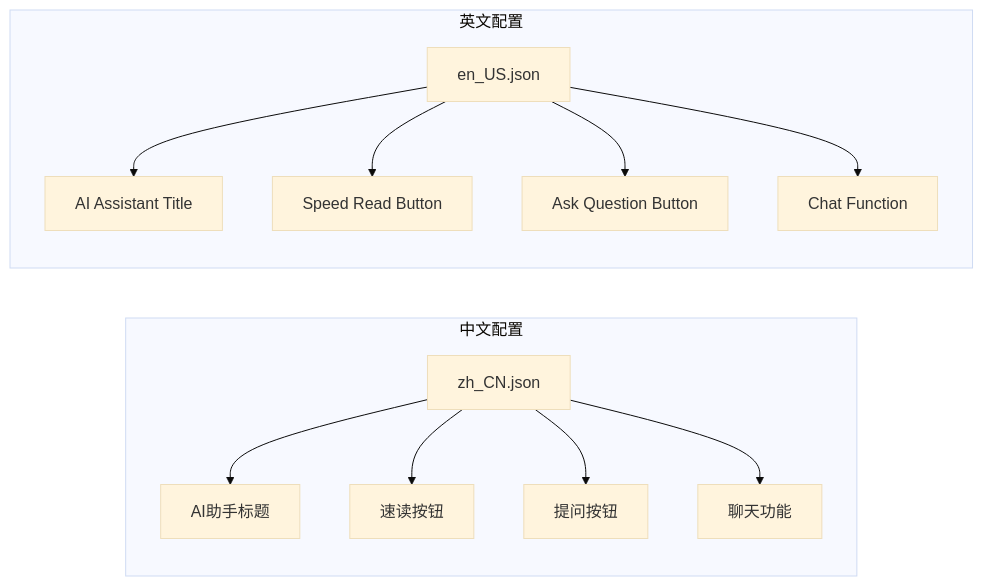
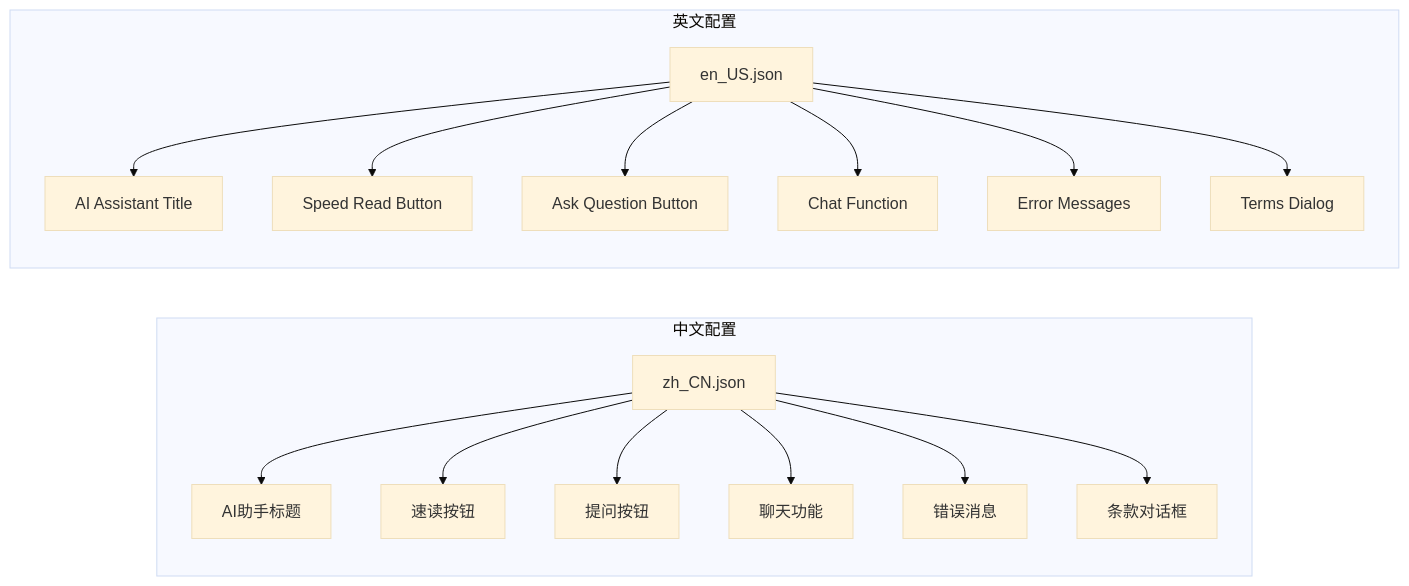
One commit to terwer/siyuan-plugin-blog changed diagram 11 of 23 in .qoder/repowiki/zh/content/核心功能/AI助手系统.md. Above: the diagram before and after it, drawn with Mermaid (base theme). The commit also changed other lines of this file and 8 other files, not shown here.

````diff
--- a/.qoder/repowiki/zh/content/核心功能/AI助手系统.md
+++ b/.qoder/repowiki/zh/content/核心功能/AI助手系统.md
@@ -373,25 +425,33 @@
 ```mermaid
 graph LR
 subgraph "中文配置"
 zhCN[zh_CN.json]
 aiTitle[AI助手标题]
 aiSpeedRead[速读按钮]
 aiAsk[提问按钮]
 aiChat[聊天功能]
+errorMessages[错误消息]
+termsDialog[条款对话框]
 end
 subgraph "英文配置"
 enUS[en_US.json]
 aiTitleEN[AI Assistant Title]
 aiSpeedReadEN[Speed Read Button]
 aiAskEN[Ask Question Button]
 aiChatEN[Chat Function]
+errorMessagesEN[Error Messages]
+termsDialogEN[Terms Dialog]
 end
 zhCN --> aiTitle
 zhCN --> aiSpeedRead
 zhCN --> aiAsk
 zhCN --> aiChat
+zhCN --> errorMessages
+zhCN --> termsDialog
 enUS --> aiTitleEN
 enUS --> aiSpeedReadEN
 enUS --> aiAskEN
 enUS --> aiChatEN
+enUS --> errorMessagesEN
+enUS --> termsDialogEN
 ```
````
